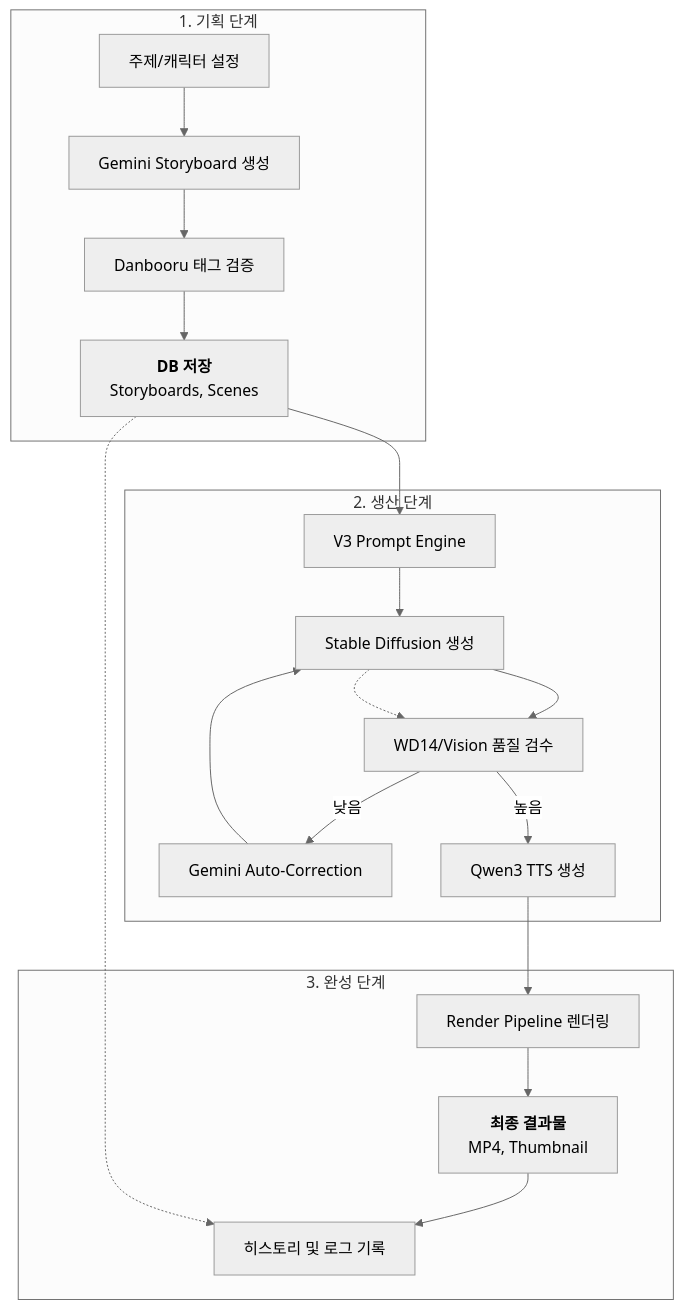
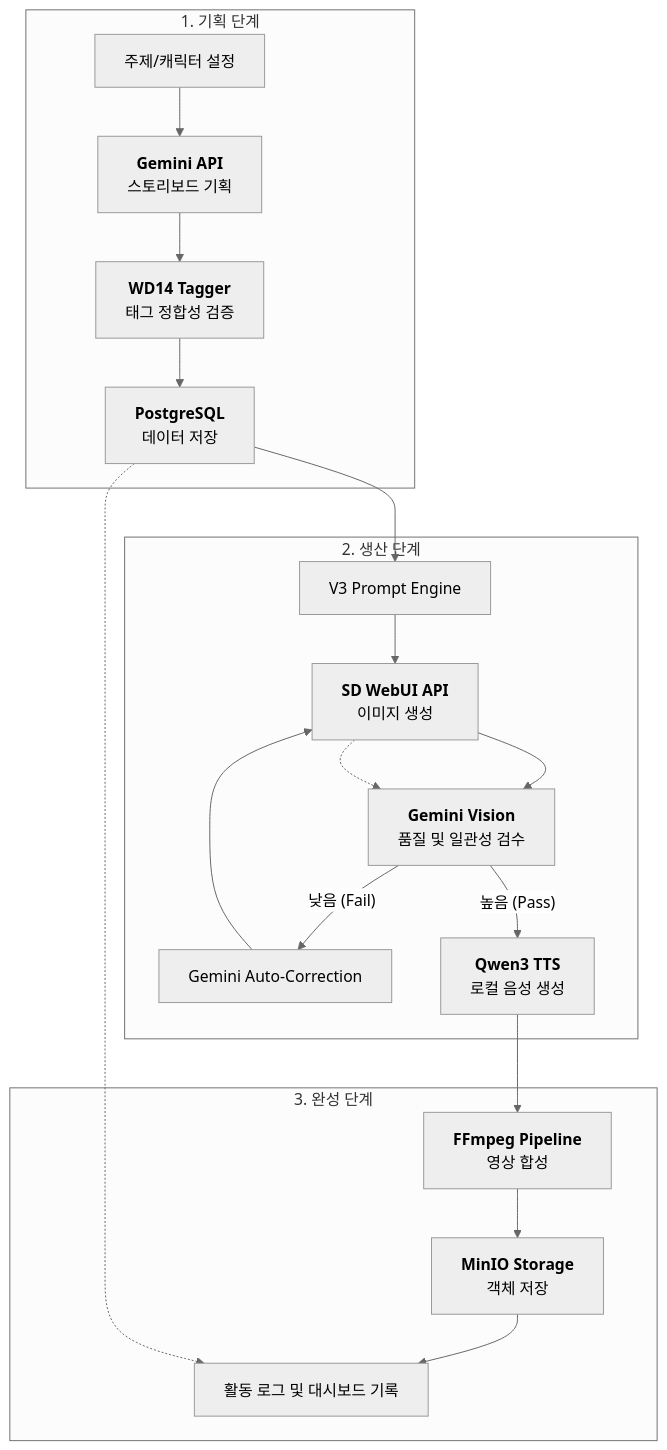
Before and after one commit to tomo-playground/sdd-orchestrator: the first of 2 diagrams in docs/01_product/PRD.md, drawn with Mermaid (neutral theme). The commit also changed other lines of this file and 7 other files, not shown here.

````diff
--- a/docs/01_product/PRD.md
+++ b/docs/01_product/PRD.md
@@ -9,27 +9,27 @@
 ```mermaid
 graph TD
     subgraph Planning ["1. 기획 단계"]
-        Topic[주제/캐릭터 설정] --> Gemini[Gemini Storyboard 생성]
-        Gemini --> Validation[Danbooru 태그 검증]
-        Validation --> DB_Store[<b>DB 저장</b><br/>Storyboards, Scenes]
+        Topic[주제/캐릭터 설정] --> Gemini[<b>Gemini API</b><br/>스토리보드 기획]
+        Gemini --> Validation[<b>WD14 Tagger</b><br/>태그 정합성 검증]
+        Validation --> DB_Store[<b>PostgreSQL</b><br/>데이터 저장]
     end
 
     subgraph Production ["2. 생산 단계"]
         DB_Store --> Prompt[V3 Prompt Engine]
-        Prompt --> SD[Stable Diffusion 생성]
-        SD --> Quality[WD14/Vision 품질 검수]
-        Quality -- "낮음" --> AutoEdit[Gemini Auto-Correction]
+        Prompt --> SD[<b>SD WebUI API</b><br/>이미지 생성]
+        SD --> Quality[<b>Gemini Vision</b><br/>품질 및 일관성 검수]
+        Quality -- "낮음 (Fail)" --> AutoEdit[Gemini Auto-Correction]
         AutoEdit --> SD
-        Quality -- "높음" --> Audio[Qwen3 TTS 생성]
+        Quality -- "높음 (Pass)" --> Audio[<b>Qwen3 TTS</b><br/>로컬 음성 생성]
     end
 
     subgraph Finalization ["3. 완성 단계"]
-        Audio --> FFmpeg[Render Pipeline 렌더링]
-        FFmpeg --> Asset[<b>최종 결과물</b><br/>MP4, Thumbnail]
-        Asset --> History[히스토리 및 로그 기록]
+        Audio --> FFmpeg[<b>FFmpeg Pipeline</b><br/>영상 합성]
+        FFmpeg --> MinIO[<b>MinIO Storage</b><br/>객체 저장]
+        MinIO --> History[활동 로그 및 대시보드 기록]
     end
 
     %% Data Connections
     DB_Store -.-> History
     SD -.-> Quality
 ```
````
